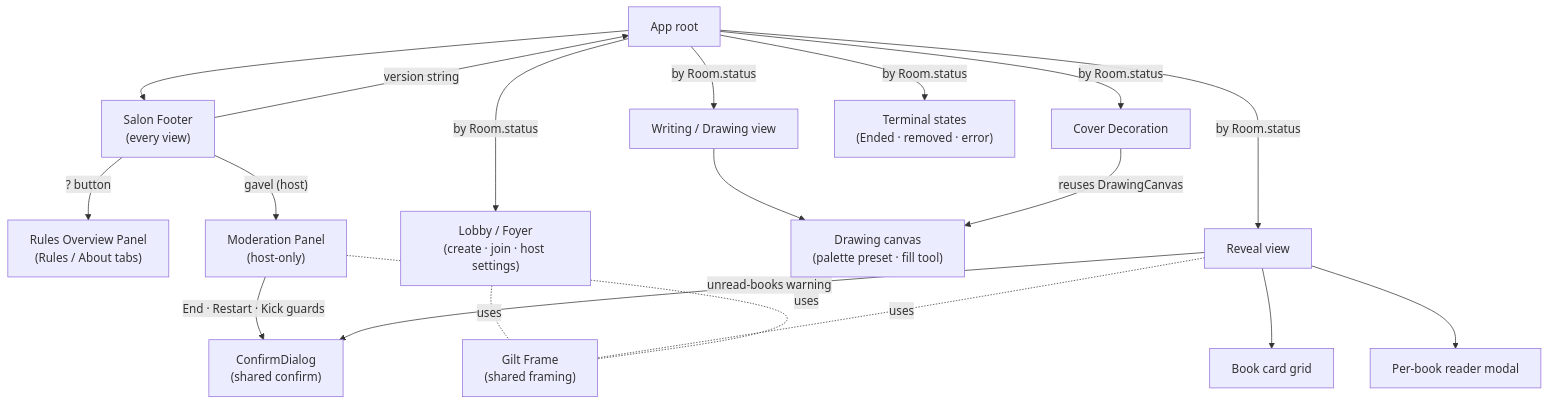
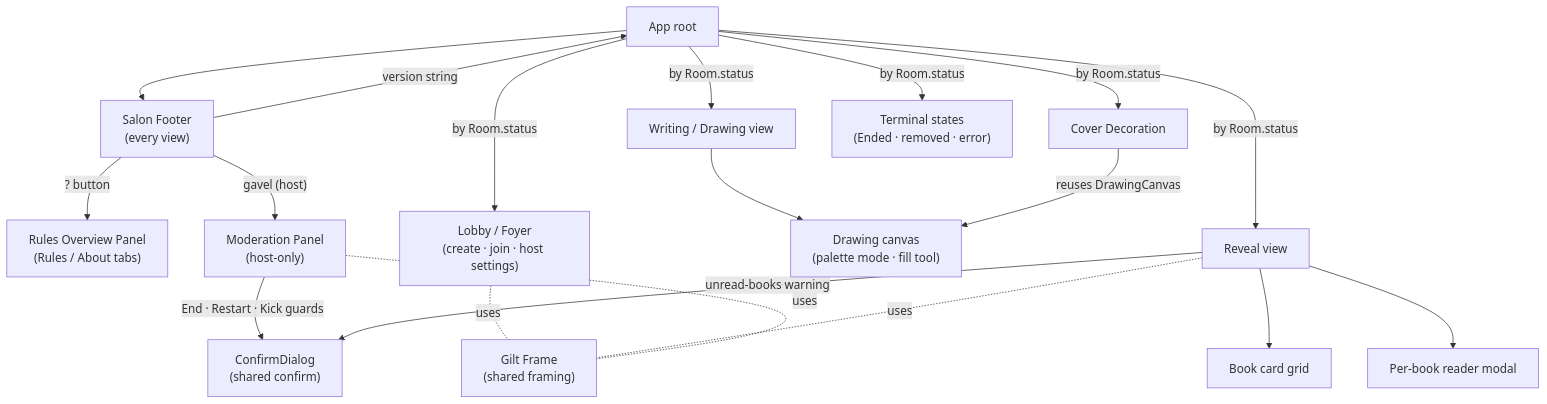
The third of 3 diagrams in README.md (moui72/exquisite-telephone), drawn with Mermaid before and after one commit. The commit also changed 2 other files, not shown here.

Commit message:
docs(project): refresh STATUS + diagrams after monochrome-mode merge
Monochrome->paletteMode reversal merged (net -220 lines); suite green (613);
queue drained (empty backlog + feedback). Fixes the README UI-diagram Canvas
label to "palette mode" and re-stamps ui diagram current (datamodel/infra
already current). Remaining: push + prod promote (prod still on v0.4.0).

Claude-Session: https://claude.ai/code/session_01LhmtfDstcrSN7gtbuFdeTQ

````diff
--- a/README.md
+++ b/README.md
@@ -254,36 +254,36 @@
 ```mermaid
 graph TD
   App["App root"]
   Footer["Salon Footer<br/>(every view)"]
   Rules["Rules Overview Panel<br/>(Rules / About tabs)"]
   Mod["Moderation Panel<br/>(host-only)"]
   Confirm["ConfirmDialog<br/>(shared confirm)"]
   Lobby["Lobby / Foyer<br/>(create · join · host settings)"]
   WD["Writing / Drawing view"]
-  Canvas["Drawing canvas<br/>(palette preset · fill tool)"]
+  Canvas["Drawing canvas<br/>(palette mode · fill tool)"]
   Cover["Cover Decoration"]
   Reveal["Reveal view"]
   Grid["Book card grid"]
   Reader["Per-book reader modal"]
   States["Terminal states<br/>(Ended · removed · error)"]
   Gilt["Gilt Frame<br/>(shared framing)"]
 
   App --> Footer
   App -->|"by Room.status"| Lobby
   App -->|"by Room.status"| WD
   App -->|"by Room.status"| Cover
   App -->|"by Room.status"| Reveal
   App -->|"by Room.status"| States
   Footer -->|"version string"| App
   Footer -->|"? button"| Rules
   Footer -->|"gavel (host)"| Mod
   Mod -->|"End · Restart · Kick guards"| Confirm
   WD --> Canvas
   Cover -->|"reuses DrawingCanvas"| Canvas
   Reveal --> Grid
   Reveal --> Reader
   Reveal -->|"unread-books warning"| Confirm
   Lobby -. uses .- Gilt
   Reveal -. uses .- Gilt
   Mod -. uses .- Gilt
 ```
````
